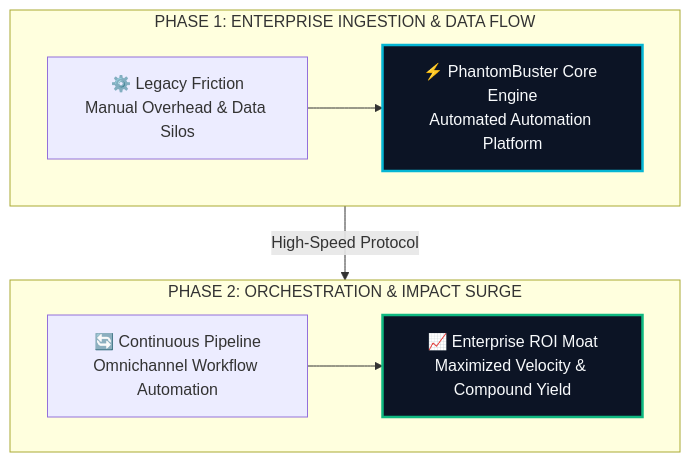
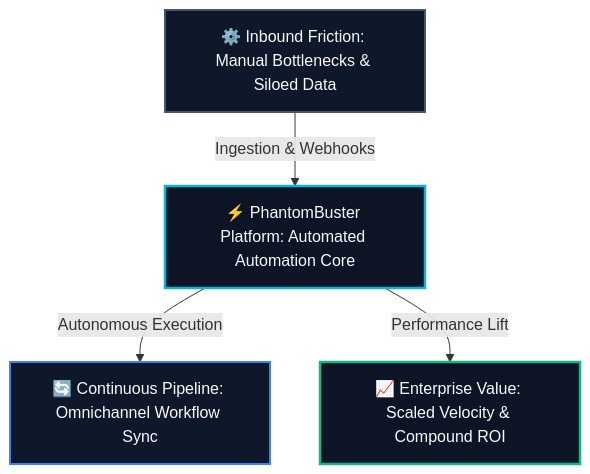
Before and after one commit to heliatech-media/saas-radar: the diagram in site/src/content/blog/phantombuster-evolution-guide-2026.md, drawn with Mermaid. The commit also changed 93 other files, not shown here.

First line of the commit message:
fix(diagrams): resolve dagre-d3 subgraph collision by migrating to balanced 3-tier Hub & Spoke architecture

````diff
--- a/site/src/content/blog/phantombuster-evolution-guide-2026.md
+++ b/site/src/content/blog/phantombuster-evolution-guide-2026.md
@@ -50,14 +50,14 @@
 ```mermaid
 flowchart TD
-    subgraph S1["PHASE 1: ENTERPRISE INGESTION & DATA FLOW"]
-        direction LR
-        A["⚙️ Legacy Friction<br/>Manual Overhead & Data Silos"] --> B["⚡ PhantomBuster Core Engine<br/>Automated Automation Platform"]
-    end
-    subgraph S2["PHASE 2: ORCHESTRATION & IMPACT SURGE"]
-        direction LR
-        C["🔄 Continuous Pipeline<br/>Omnichannel Workflow Automation"] --> D["📈 Enterprise ROI Moat<br/>Maximized Velocity & Compound Yield"]
-    end
-    S1 -->|High-Speed Protocol| S2
-    style B fill:#0c1425,stroke:#06b6d4,stroke-width:2.5px,color:#f8fafc
-    style D fill:#0c1425,stroke:#10b981,stroke-width:2.5px,color:#f8fafc
+    Inp["⚙️ Inbound Friction: Manual Bottlenecks & Siloed Data"]
+    Eng["⚡ PhantomBuster Platform: Automated Automation Core"]
+    Out1["🔄 Continuous Pipeline: Omnichannel Workflow Sync"]
+    Out2["📈 Enterprise Value: Scaled Velocity & Compound ROI"]
+    Inp -->|Ingestion & Webhooks| Eng
+    Eng -->|Autonomous Execution| Out1
+    Eng -->|Performance Lift| Out2
+    style Inp fill:#0f172a,stroke:#475569,stroke-width:2px,color:#f8fafc
+    style Eng fill:#0c1425,stroke:#06b6d4,stroke-width:2.5px,color:#f8fafc
+    style Out1 fill:#0f172a,stroke:#3b82f6,stroke-width:2px,color:#f8fafc
+    style Out2 fill:#0c1425,stroke:#10b981,stroke-width:2.5px,color:#f8fafc
 ```
````
